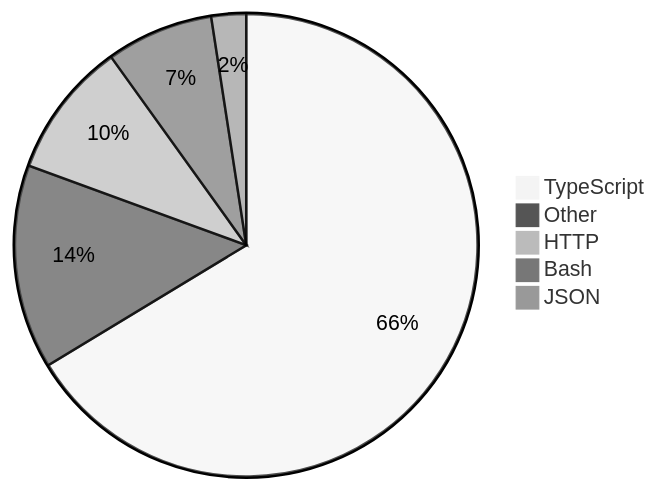
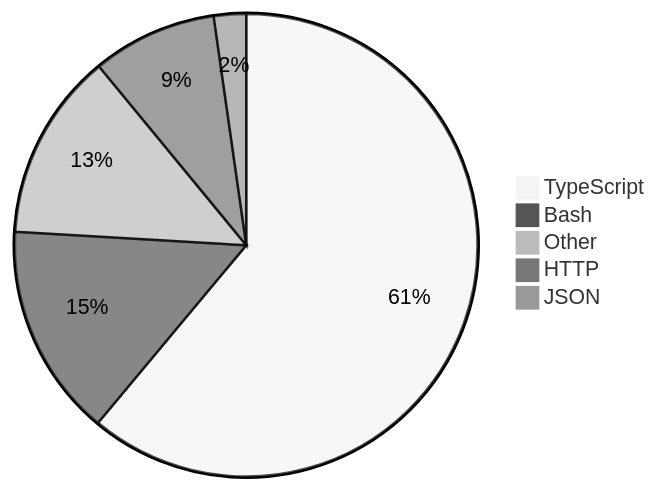
One commit to skvggor/skvggor changed the diagram in README.md. Above: the diagram before and after it, drawn with Mermaid (neutral theme).

Commit message:
Updated waka-readme graph with new metrics

````diff
--- a/README.md
+++ b/README.md
@@ -16,8 +16,8 @@
 ```mermaid
 pie
-    "TypeScript" : 65.6
-    "Other" : 14.1
-    "HTTP" : 9.4
-    "Bash" : 7.4
-    "JSON" : 2.4
+    "TypeScript" : 59.6
+    "Bash" : 14.5
+    "Other" : 12.8
+    "HTTP" : 8.5
+    "JSON" : 2.2
 ```
````
